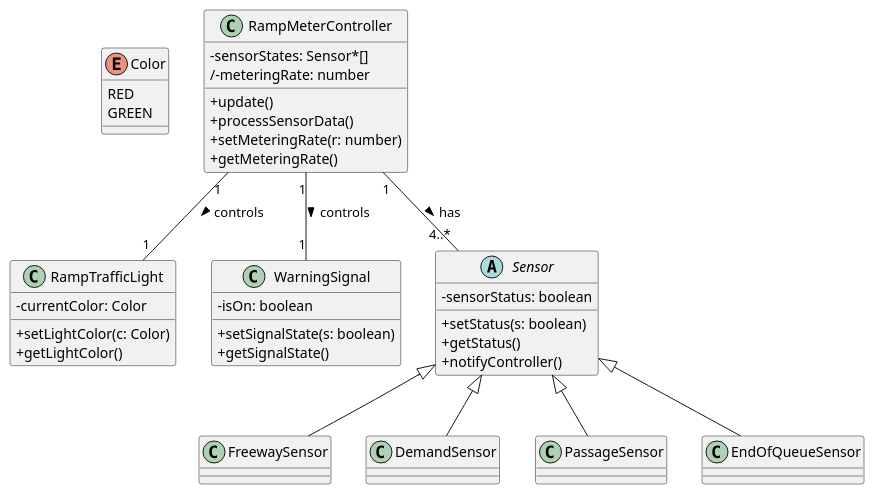
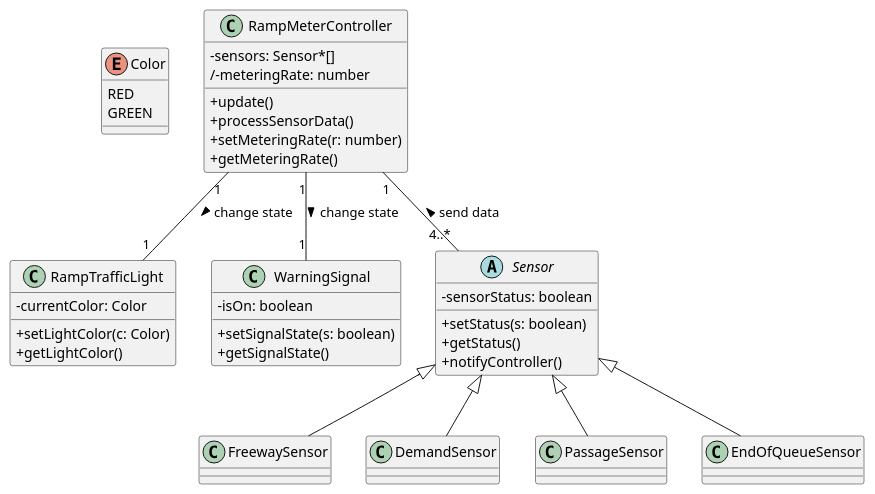
One commit to MaksimKarnaukh/MoSIS changed the diagram in 01_RequirementsChecking/class_diagram.puml. Above: the diagram before and after it, drawn with PlantUML. The commit also changed 2 other files, not shown here.

```diff
--- a/01_RequirementsChecking/class_diagram.puml
+++ b/01_RequirementsChecking/class_diagram.puml
@@ -1,56 +1,56 @@
 @startuml
 skinparam classAttributeIconSize 0
 
 enum Color {
 RED
 GREEN
 }
 
 class RampMeterController {
--sensorStates: Sensor*[]
+-sensors: Sensor*[]
 /-meteringRate: number
 +update()
 +processSensorData()
 +setMeteringRate(r: number)
 +getMeteringRate()
 }
 
 class RampTrafficLight {
 -currentColor: Color
 +setLightColor(c: Color)
 +getLightColor()
 }
 
 class WarningSignal {
 -isOn: boolean
 +setSignalState(s: boolean)
 +getSignalState()
 }
 
 abstract class Sensor {
 -sensorStatus: boolean
 +setStatus(s: boolean)
 +getStatus()
 +notifyController()
 }
 
 class FreewaySensor {
 }
 class DemandSensor {
 }
 class PassageSensor {
 }
 class EndOfQueueSensor {
 }
 
 Sensor <|-- FreewaySensor
 Sensor <|-- DemandSensor
 Sensor <|-- PassageSensor
 Sensor <|-- EndOfQueueSensor
 
-RampMeterController "1" -- "4..*" Sensor : has >
+RampMeterController "1" -- "4..*" Sensor : send data <
 
-RampMeterController "1" -- "1" RampTrafficLight : controls >
-RampMeterController "1" -- "1" WarningSignal : controls >
+RampMeterController "1" -- "1" RampTrafficLight : change state >
+RampMeterController "1" -- "1" WarningSignal : change state >
 
 @enduml
```
